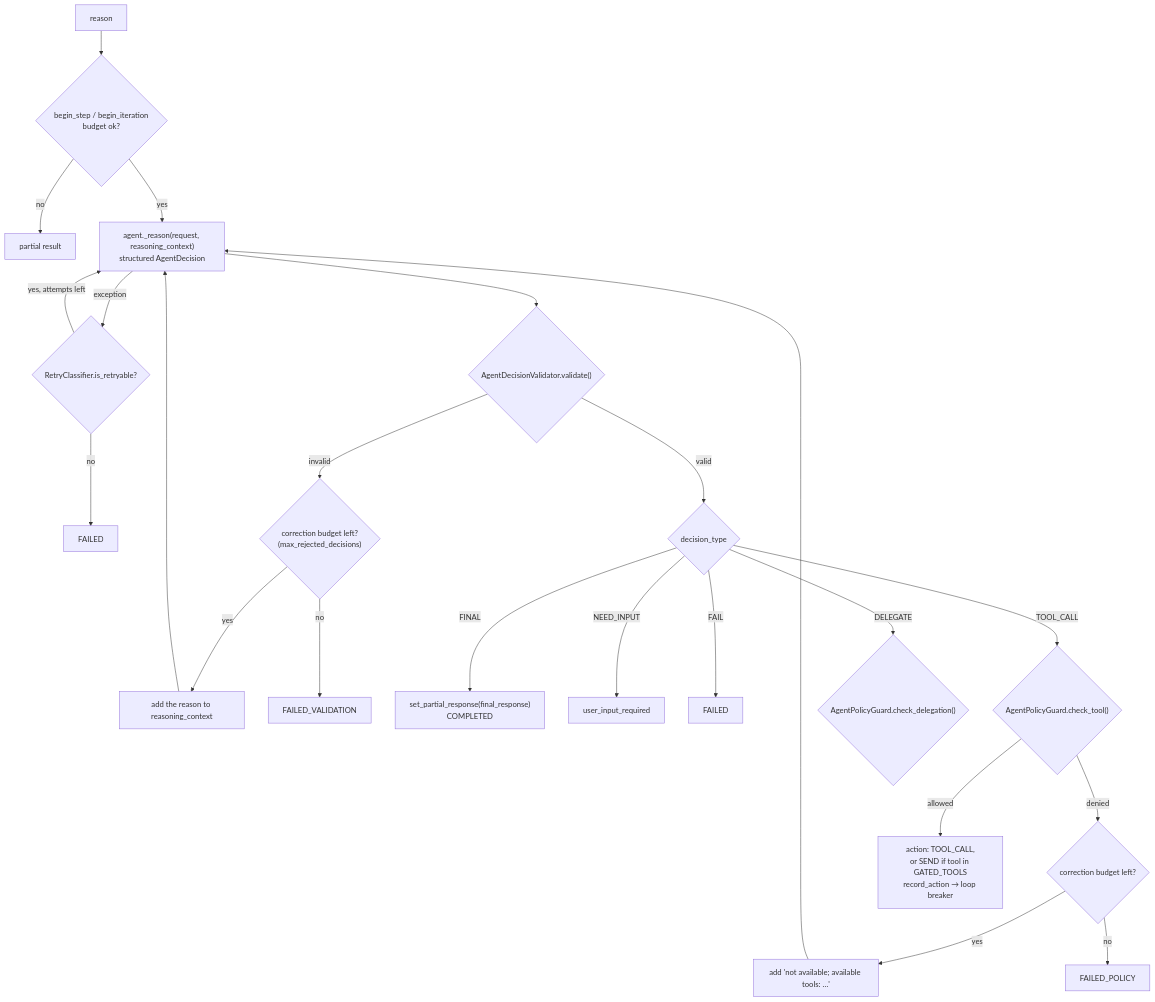
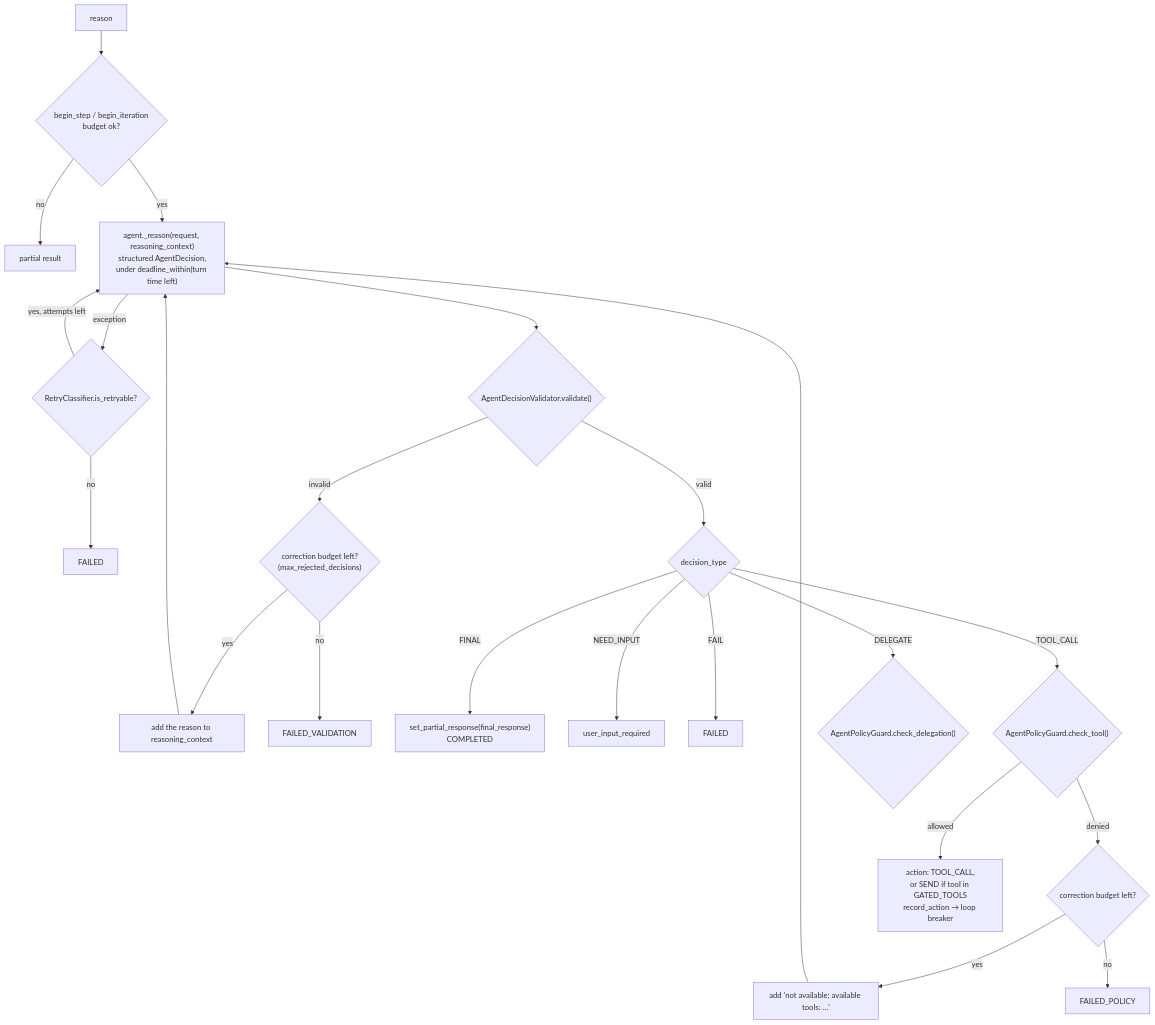
One commit to bharatkse/juris-ai changed the first of 2 diagrams in server/src/agentic/agents/runtime/README.md. Above: the diagram before and after it, drawn with Mermaid. The commit also changed other lines of this file and 73 other files, not shown here.

````diff
--- a/server/src/agentic/agents/runtime/README.md
+++ b/server/src/agentic/agents/runtime/README.md
@@ -24,23 +24,23 @@
 ```mermaid
 flowchart TD
     S[reason] --> B1{"begin_step / begin_iteration<br/>budget ok?"}
     B1 -->|no| PART[partial result]
-    B1 -->|yes| R["agent._reason(request, reasoning_context)<br/>structured AgentDecision"]
+    B1 -->|yes| R["agent._reason(request, reasoning_context)<br/>structured AgentDecision,<br/>under deadline_within(turn time left)"]
     R -->|exception| RC{"RetryClassifier.is_retryable?"}
     RC -->|yes, attempts left| R
     RC -->|no| FAILR[FAILED]
     R --> V{"AgentDecisionValidator.validate()"}
     V -->|invalid| CV{"correction budget left?<br/>(max_rejected_decisions)"}
     CV -->|yes| FBV["add the reason to reasoning_context"] --> R
     CV -->|no| FAILV["FAILED_VALIDATION"]
     V -->|valid| D{decision_type}
     D -->|FINAL| F["set_partial_response(final_response)<br/>COMPLETED"]
     D -->|NEED_INPUT| NI[user_input_required]
     D -->|FAIL| FL[FAILED]
     D -->|TOOL_CALL| P{"AgentPolicyGuard.check_tool()"}
     P -->|denied| CP{"correction budget left?"}
     CP -->|yes| FBP["add 'not available; available tools: …'"] --> R
     CP -->|no| FP["FAILED_POLICY"]
     P -->|allowed| ACT["action: TOOL_CALL,<br/>or SEND if tool in GATED_TOOLS<br/>record_action → loop breaker"]
     D -->|DELEGATE| PD{"AgentPolicyGuard.check_delegation()"}
 ```
````
